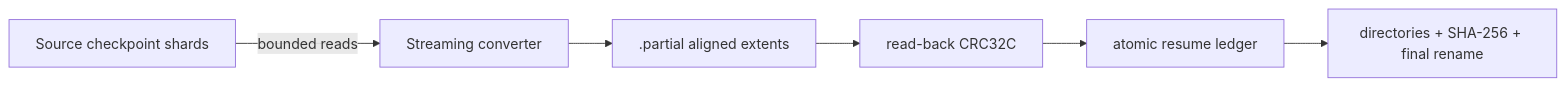
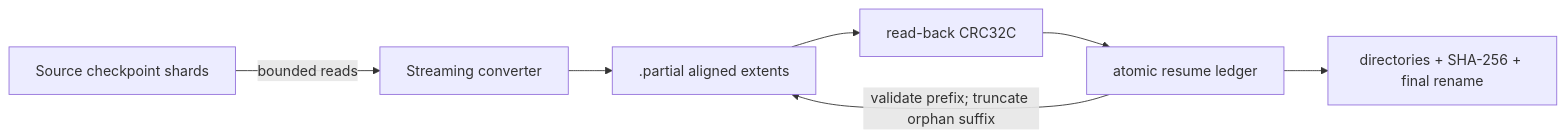
The second of 2 diagrams in ARCHITECTURE.md (rsb1813/project-k3x), drawn with Mermaid before and after one commit. The commit also changed other lines of this file and 7 other files, not shown here.

````diff
--- a/ARCHITECTURE.md
+++ b/ARCHITECTURE.md
@@ -401,8 +411,9 @@
 ```mermaid
 flowchart LR
     SOURCE["Source checkpoint shards"] -->|"bounded reads"| CONVERT["Streaming converter"]
     CONVERT --> PARTIAL[".partial aligned extents"]
     PARTIAL --> VERIFY["read-back CRC32C"]
     VERIFY --> LEDGER["atomic resume ledger"]
+    LEDGER -->|"validate prefix; truncate orphan suffix"| PARTIAL
     LEDGER --> FINAL["directories + SHA-256 + final rename"]
 ```
````
